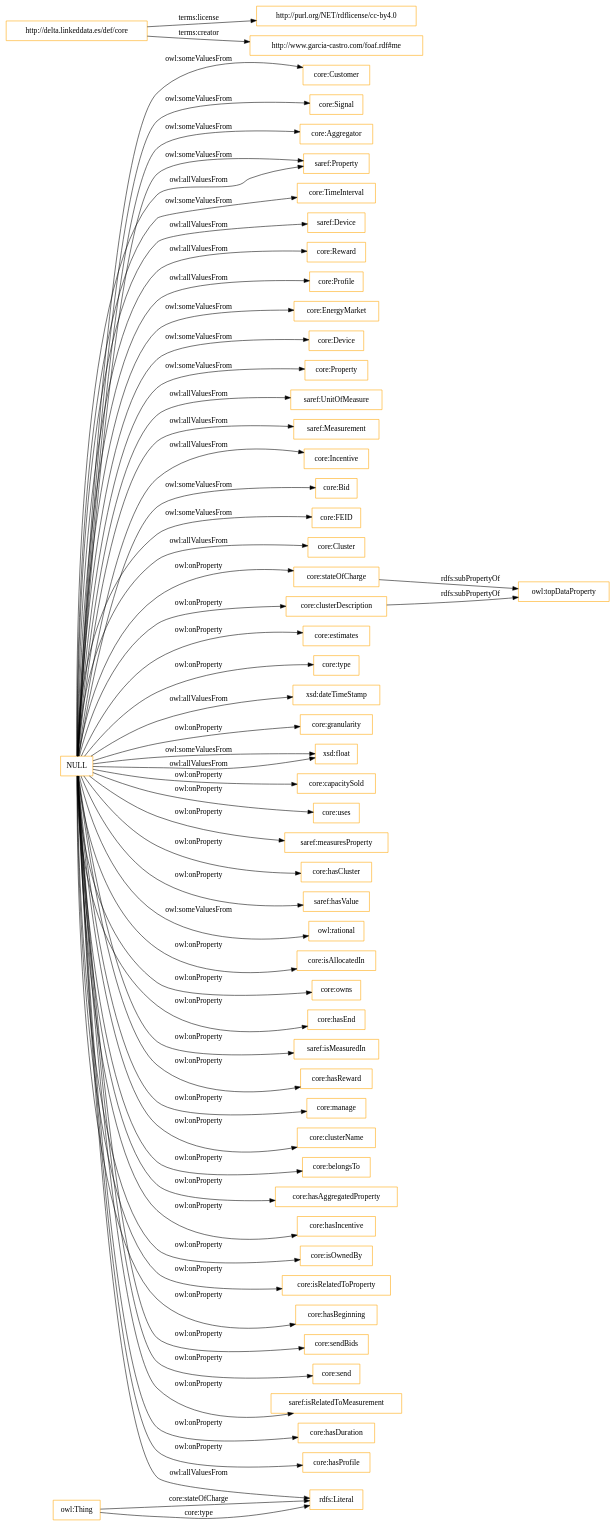
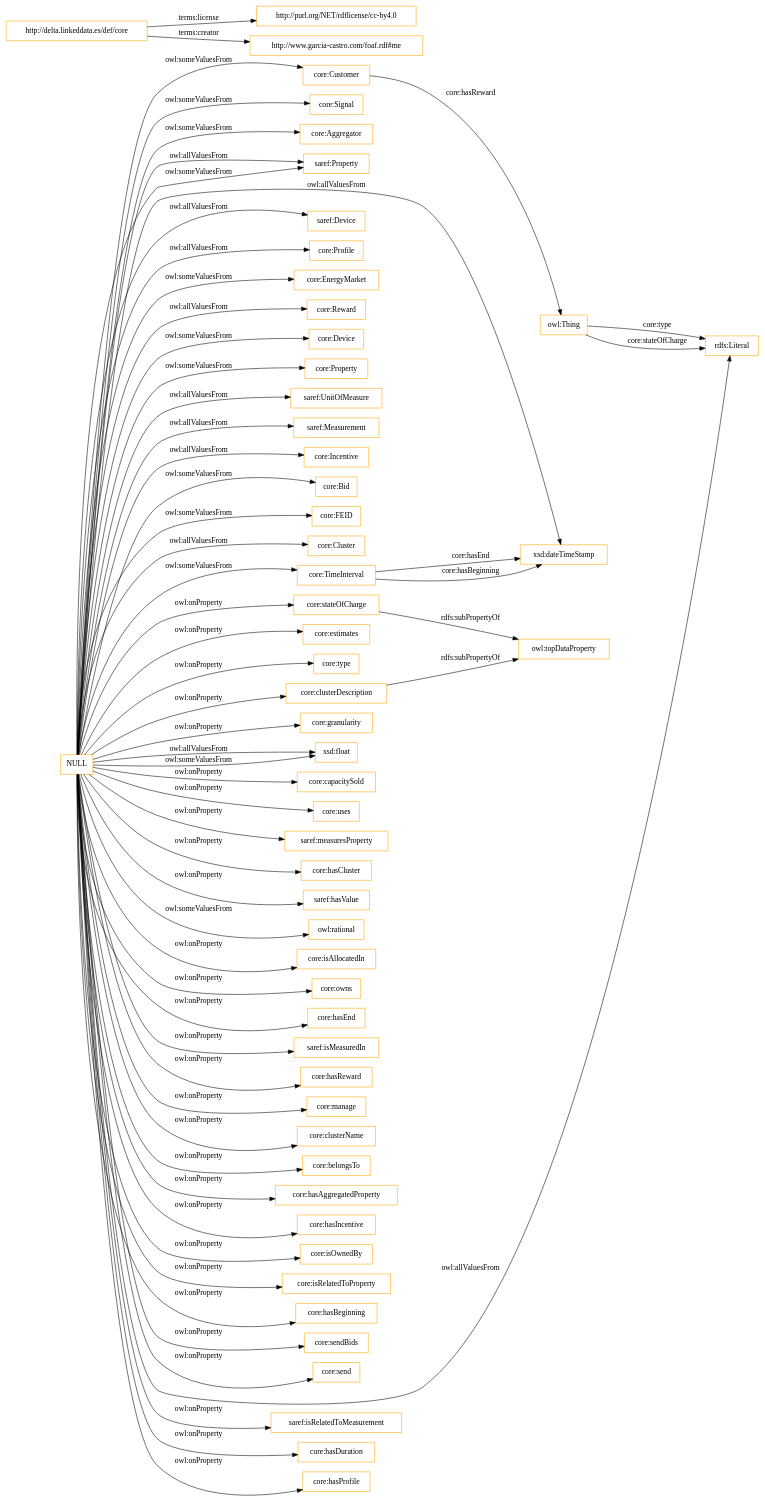
Before and after one commit to oeg-upm/delta-ontology: the diagram in OnToology/ontology/delta.ttl/diagrams/ar2dtool-class/delta.ttl.png.dot, drawn with Graphviz. The commit also changed 11 other files, not shown here.

```diff
--- a/OnToology/ontology/delta.ttl/diagrams/ar2dtool-class/delta.ttl.png.dot
+++ b/OnToology/ontology/delta.ttl/diagrams/ar2dtool-class/delta.ttl.png.dot
@@ -1,63 +1,66 @@
 digraph ar2dtool_diagram { 
 rankdir=LR;
 size="1501"
-node [shape = rectangle, color="orange"]; "core:Customer" "core:Signal" "core:Aggregator" "saref:Property" "core:TimeInterval" "saref:Device" "core:Reward" "core:Profile" "core:EnergyMarket" "core:Device" "core:Property" "saref:UnitOfMeasure" "saref:Measurement" "core:Incentive" "core:Bid" "core:FEID" "core:Cluster" ; /*classes style*/
+node [shape = rectangle, color="orange"]; "core:Customer" "core:Signal" "core:Aggregator" "saref:Property" "core:TimeInterval" "saref:Device" "core:Profile" "core:EnergyMarket" "core:Reward" "core:Device" "core:Property" "saref:UnitOfMeasure" "saref:Measurement" "core:Incentive" "core:Bid" "core:FEID" "core:Cluster" ; /*classes style*/
 	"http://delta.linkeddata.es/def/core" -> "http://purl.org/NET/rdflicense/cc-by4.0" [ label = "terms:license" ];
 	"http://delta.linkeddata.es/def/core" -> "http://www.garcia-castro.com/foaf.rdf#me" [ label = "terms:creator" ];
 	"core:stateOfCharge" -> "owl:topDataProperty" [ label = "rdfs:subPropertyOf" ];
 	"core:clusterDescription" -> "owl:topDataProperty" [ label = "rdfs:subPropertyOf" ];
 	"NULL" -> "core:estimates" [ label = "owl:onProperty" ];
 	"NULL" -> "core:type" [ label = "owl:onProperty" ];
 	"NULL" -> "xsd:dateTimeStamp" [ label = "owl:allValuesFrom" ];
 	"NULL" -> "core:granularity" [ label = "owl:onProperty" ];
 	"NULL" -> "saref:UnitOfMeasure" [ label = "owl:allValuesFrom" ];
 	"NULL" -> "core:Property" [ label = "owl:someValuesFrom" ];
 	"NULL" -> "saref:Measurement" [ label = "owl:allValuesFrom" ];
 	"NULL" -> "core:Profile" [ label = "owl:allValuesFrom" ];
 	"NULL" -> "core:Reward" [ label = "owl:allValuesFrom" ];
 	"NULL" -> "xsd:float" [ label = "owl:someValuesFrom" ];
 	"NULL" -> "core:capacitySold" [ label = "owl:onProperty" ];
 	"NULL" -> "core:Signal" [ label = "owl:someValuesFrom" ];
 	"NULL" -> "core:uses" [ label = "owl:onProperty" ];
 	"NULL" -> "saref:measuresProperty" [ label = "owl:onProperty" ];
 	"NULL" -> "saref:Device" [ label = "owl:allValuesFrom" ];
 	"NULL" -> "core:hasCluster" [ label = "owl:onProperty" ];
 	"NULL" -> "saref:hasValue" [ label = "owl:onProperty" ];
 	"NULL" -> "owl:rational" [ label = "owl:someValuesFrom" ];
 	"NULL" -> "core:isAllocatedIn" [ label = "owl:onProperty" ];
 	"NULL" -> "core:owns" [ label = "owl:onProperty" ];
 	"NULL" -> "core:hasEnd" [ label = "owl:onProperty" ];
 	"NULL" -> "saref:isMeasuredIn" [ label = "owl:onProperty" ];
 	"NULL" -> "core:TimeInterval" [ label = "owl:someValuesFrom" ];
 	"NULL" -> "core:hasReward" [ label = "owl:onProperty" ];
 	"NULL" -> "core:manage" [ label = "owl:onProperty" ];
 	"NULL" -> "core:clusterName" [ label = "owl:onProperty" ];
+	"NULL" -> "saref:Property" [ label = "owl:someValuesFrom" ];
 	"NULL" -> "core:Aggregator" [ label = "owl:someValuesFrom" ];
-	"NULL" -> "saref:Property" [ label = "owl:someValuesFrom" ];
 	"NULL" -> "core:Incentive" [ label = "owl:allValuesFrom" ];
 	"NULL" -> "core:belongsTo" [ label = "owl:onProperty" ];
 	"NULL" -> "core:hasAggregatedProperty" [ label = "owl:onProperty" ];
 	"NULL" -> "core:EnergyMarket" [ label = "owl:someValuesFrom" ];
 	"NULL" -> "core:FEID" [ label = "owl:someValuesFrom" ];
 	"NULL" -> "core:hasIncentive" [ label = "owl:onProperty" ];
 	"NULL" -> "core:stateOfCharge" [ label = "owl:onProperty" ];
 	"NULL" -> "core:Customer" [ label = "owl:someValuesFrom" ];
 	"NULL" -> "core:isOwnedBy" [ label = "owl:onProperty" ];
+	"NULL" -> "core:isRelatedToProperty" [ label = "owl:onProperty" ];
 	"NULL" -> "core:clusterDescription" [ label = "owl:onProperty" ];
-	"NULL" -> "core:isRelatedToProperty" [ label = "owl:onProperty" ];
 	"NULL" -> "core:hasBeginning" [ label = "owl:onProperty" ];
 	"NULL" -> "xsd:float" [ label = "owl:allValuesFrom" ];
 	"NULL" -> "core:Cluster" [ label = "owl:allValuesFrom" ];
 	"NULL" -> "core:sendBids" [ label = "owl:onProperty" ];
 	"NULL" -> "saref:Property" [ label = "owl:allValuesFrom" ];
 	"NULL" -> "core:send" [ label = "owl:onProperty" ];
 	"NULL" -> "core:Device" [ label = "owl:someValuesFrom" ];
 	"NULL" -> "rdfs:Literal" [ label = "owl:allValuesFrom" ];
 	"NULL" -> "saref:isRelatedToMeasurement" [ label = "owl:onProperty" ];
 	"NULL" -> "core:hasDuration" [ label = "owl:onProperty" ];
 	"NULL" -> "core:Bid" [ label = "owl:someValuesFrom" ];
 	"NULL" -> "core:hasProfile" [ label = "owl:onProperty" ];
+	"core:TimeInterval" -> "xsd:dateTimeStamp" [ label = "core:hasBeginning" ];
 	"owl:Thing" -> "rdfs:Literal" [ label = "core:stateOfCharge" ];
 	"owl:Thing" -> "rdfs:Literal" [ label = "core:type" ];
+	"core:Customer" -> "owl:Thing" [ label = "core:hasReward" ];
+	"core:TimeInterval" -> "xsd:dateTimeStamp" [ label = "core:hasEnd" ];
 
 }
```
